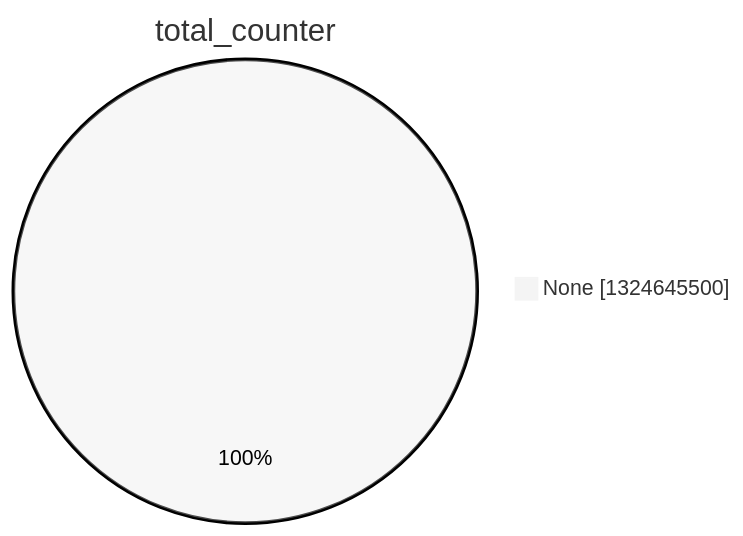
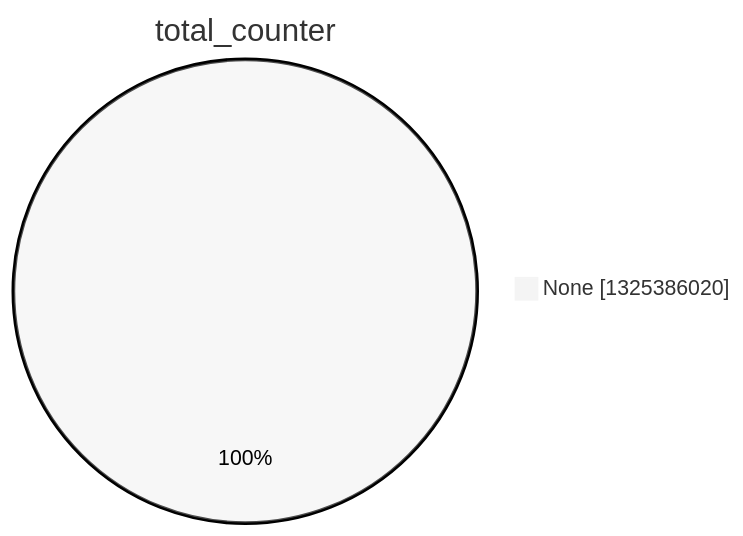
One commit to christiankrug/ctmonitor_visualization changed the second of 15 diagrams in argon2022/README.md. Above: the diagram before and after it, drawn with Mermaid (neutral theme). The commit also changed other lines of this file, not shown here.

````diff
--- a/argon2022/README.md
+++ b/argon2022/README.md
@@ -9,5 +9,5 @@
 ```mermaid
 pie showData
 title total_counter
-"None" :1324645500
+"None" :1325386020
 ```
````
